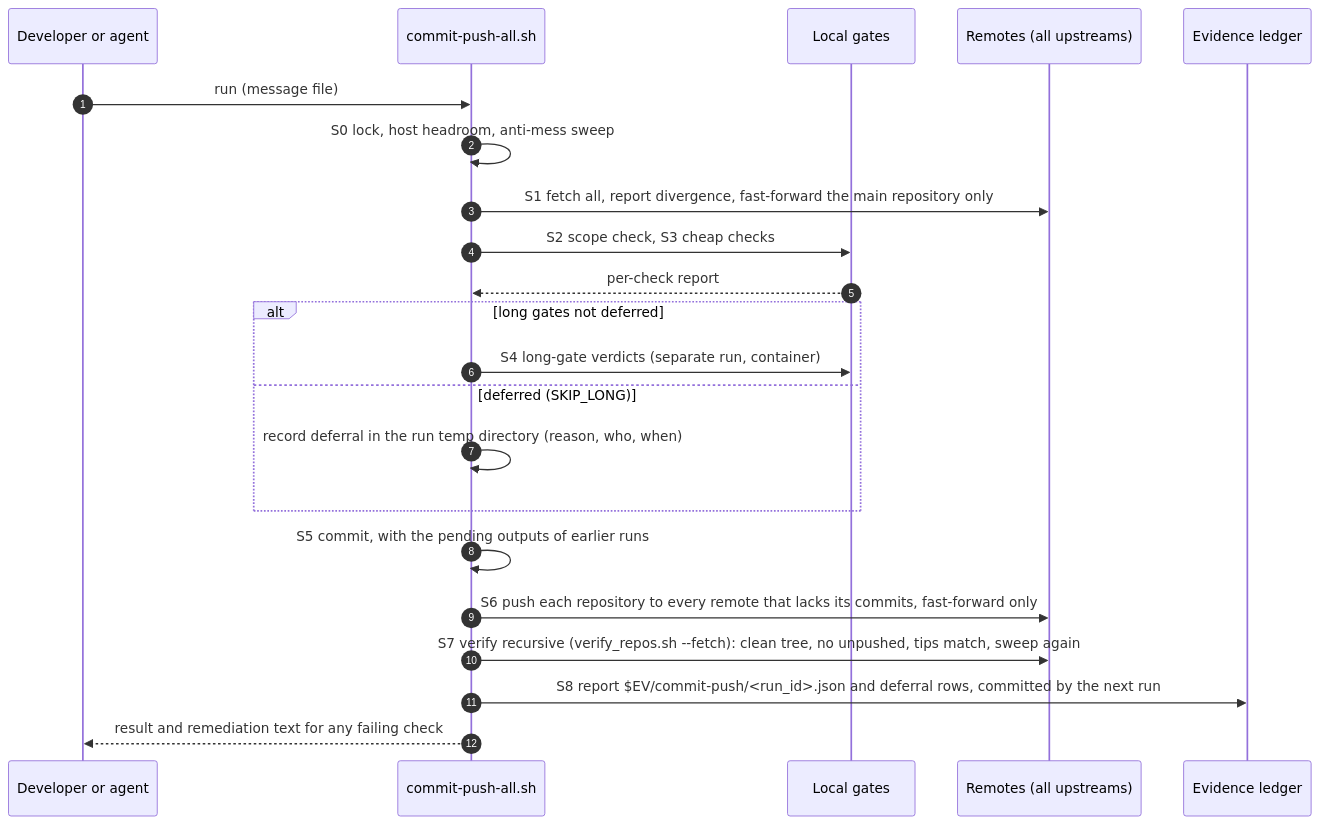
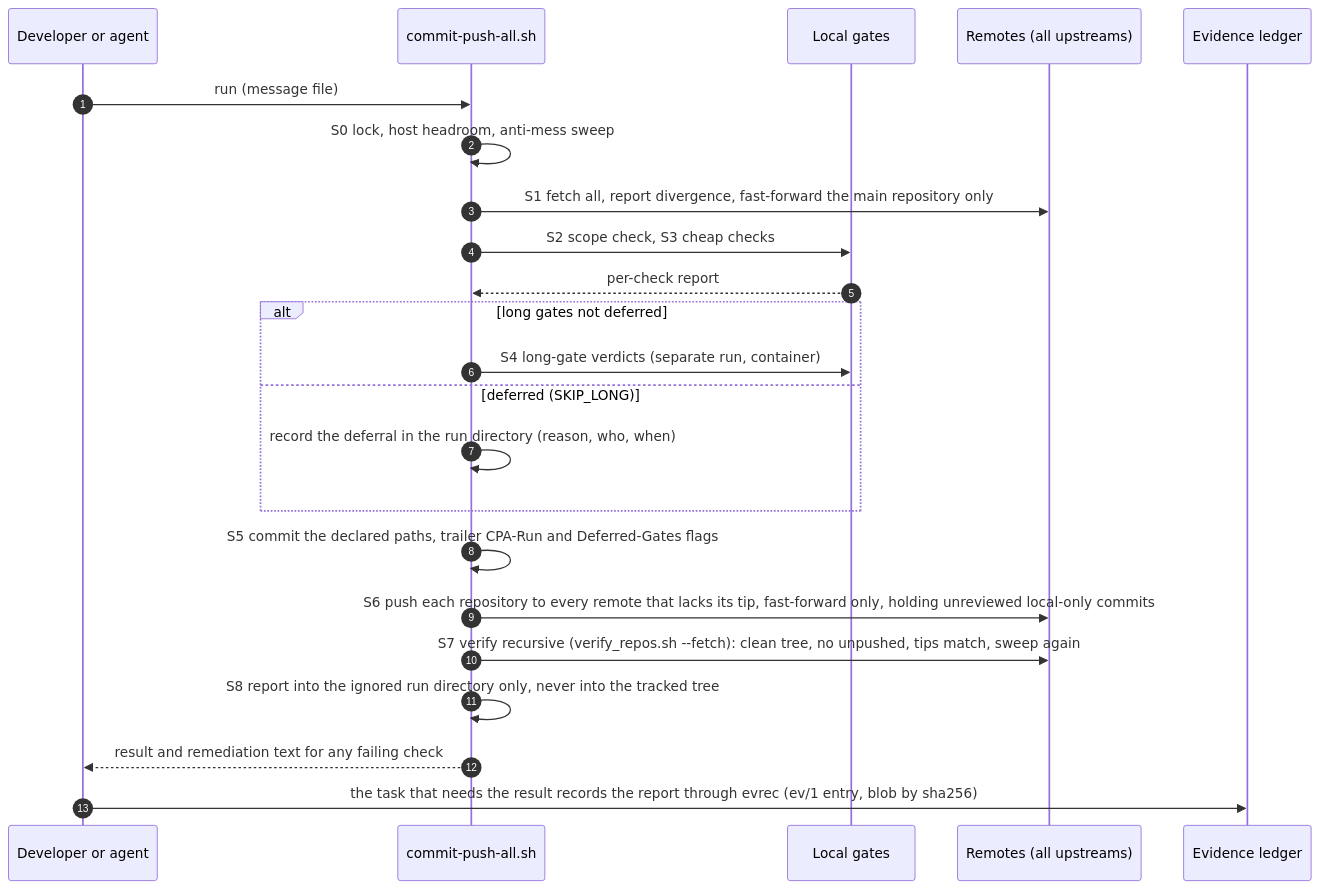
One commit to vasic-digital/catalogizer changed the sixth of 6 diagrams in specs/001-full-project-audit-remediation/docs/12-helixqa-challenges-and-governance-plan.md. Above: the diagram before and after it, drawn with Mermaid. The commit also changed other lines of this file and 20 other files, not shown here.

First line of the commit message:
docs(spec): fix wave 8 merged - simplified commit-push output design (604 tasks)

````diff
--- a/specs/001-full-project-audit-remediation/docs/12-helixqa-challenges-and-governance-plan.md
+++ b/specs/001-full-project-audit-remediation/docs/12-helixqa-challenges-and-governance-plan.md
@@ -1381,24 +1381,25 @@
 ```mermaid
 sequenceDiagram
   autonumber
   participant D as Developer or agent
   participant S as commit-push-all.sh
   participant G as Local gates
   participant R as Remotes (all upstreams)
   participant E as Evidence ledger
   D->>S: run (message file)
   S->>S: S0 lock, host headroom, anti-mess sweep
   S->>R: S1 fetch all, report divergence, fast-forward the main repository only
   S->>G: S2 scope check, S3 cheap checks
   G-->>S: per-check report
   alt long gates not deferred
     S->>G: S4 long-gate verdicts (separate run, container)
   else deferred (SKIP_LONG)
-    S->>S: record deferral in the run temp directory (reason, who, when)
+    S->>S: record the deferral in the run directory (reason, who, when)
   end
-  S->>S: S5 commit, with the pending outputs of earlier runs
-  S->>R: S6 push each repository to every remote that lacks its commits, fast-forward only
+  S->>S: S5 commit the declared paths, trailer CPA-Run and Deferred-Gates flags
+  S->>R: S6 push each repository to every remote that lacks its tip, fast-forward only, holding unreviewed local-only commits
   S->>R: S7 verify recursive (verify_repos.sh --fetch): clean tree, no unpushed, tips match, sweep again
-  S->>E: S8 report $EV/commit-push/<run_id>.json and deferral rows, committed by the next run
+  S->>S: S8 report into the ignored run directory only, never into the tracked tree
   S-->>D: result and remediation text for any failing check
+  D->>E: the task that needs the result records the report through evrec (ev/1 entry, blob by sha256)
 ```
````
